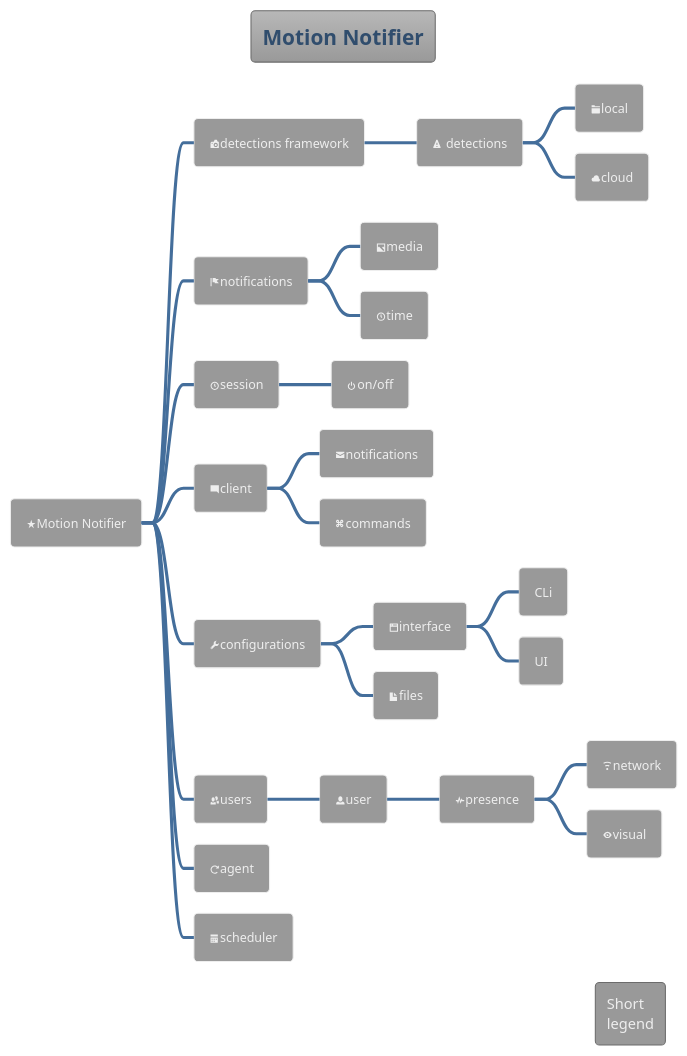
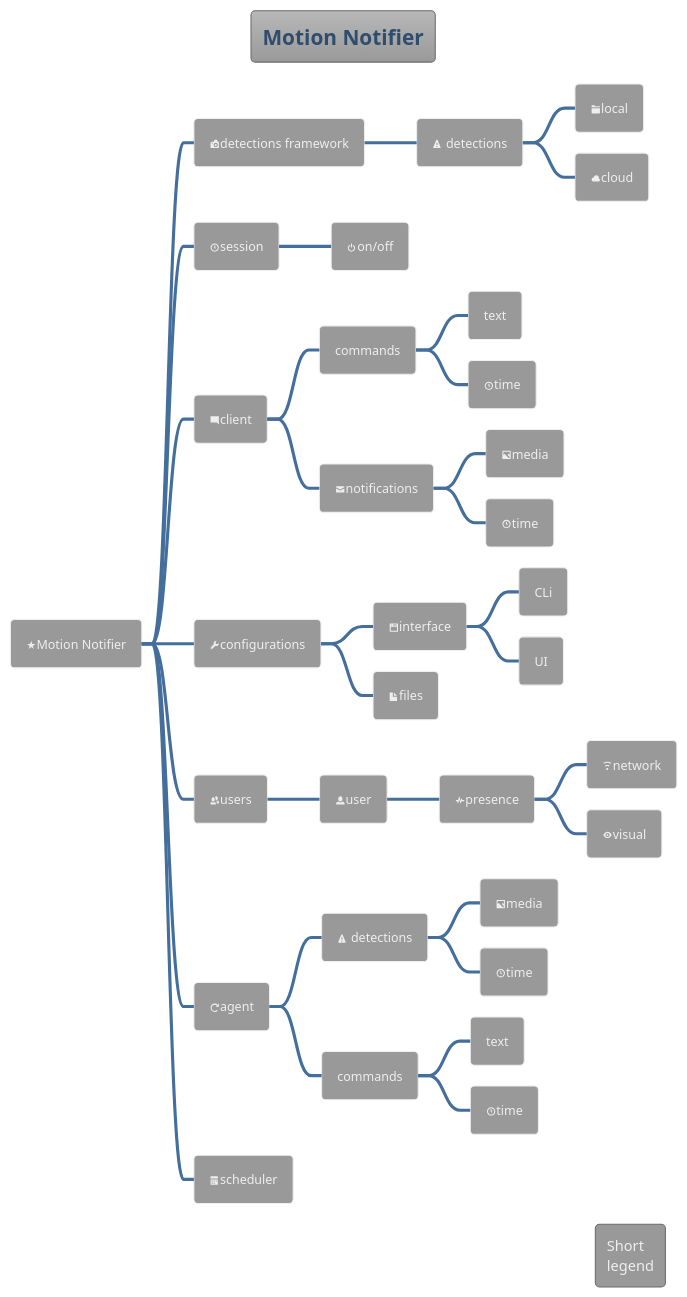
Before and after one commit to saratoga8/motion_notifier: the diagram in docs/base.puml, drawn with PlantUML. The commit also changed 5 other files, not shown here.

```diff
--- a/docs/base.puml
+++ b/docs/base.puml
@@ -1,37 +1,44 @@
 @startmindmap
 'https://plantuml.com/mindmap-diagram
 
 !theme spacelab
 
 title Motion Notifier
 
 * <&star>Motion Notifier
 ** <&camera-slr>detections framework
 *** <&warning> detections
 **** <&folder>local
 **** <&cloud>cloud
-** <&flag>notifications
-*** <&image>media
-*** <&clock>time
 ** <&clock>session
 *** <&power-standby>on/off
 ** <&comment-square>client
+*** commands
+**** text
+**** <&clock>time
 *** <&envelope-closed>notifications
-*** <&command>commands
+**** <&image>media
+**** <&clock>time
 ** <&wrench>configurations
 *** <&browser>interface
 **** CLi
 **** UI
 *** <&file>files
 ** <&people>users
 *** <&person>user
 **** <&pulse>presence
 ***** <&wifi>network
 ***** <&eye>visual
 ** <&reload>agent
+*** <&warning> detections
+**** <&image>media
+**** <&clock>time
+*** commands
+**** text
+**** <&clock>time
 ** <&calendar>scheduler
 legend right
   Short
   legend
 endlegend
 @endmindmap
```
